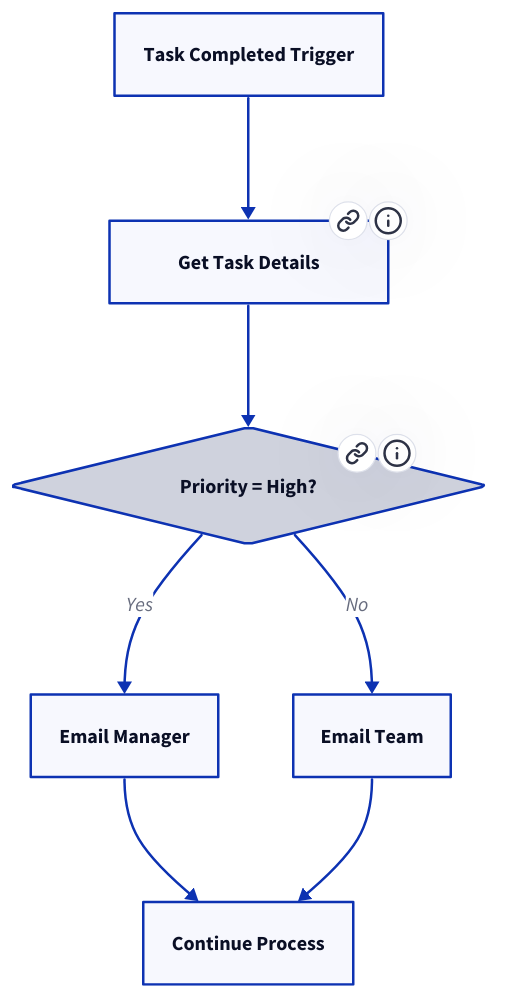
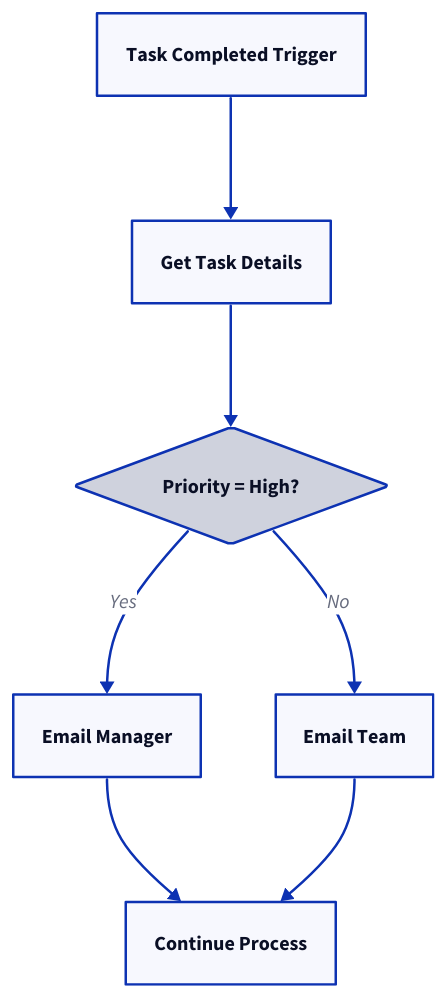
Before and after one commit to tallyfy/documentation: the diagram in src/content/docs/pro/integrations/middleware/power-automate/using-conditional-logic-in-power-automate.mdx, drawn with D2. The commit also changed 35 other files, not shown here.

First line of the commit message:
Remove .link and .tooltip properties from D2 diagrams

````diff
--- a/src/content/docs/pro/integrations/middleware/power-automate/using-conditional-logic-in-power-automate.mdx
+++ b/src/content/docs/pro/integrations/middleware/power-automate/using-conditional-logic-in-power-automate.mdx
@@ -92,18 +92,14 @@
 ```d2
 Trigger: "Task Completed Trigger"
 GetDetails: "Get Task Details"
 Check: "Priority = High?" {shape: diamond}
 EmailManager: "Email Manager"
 EmailRegular: "Email Team"
 End: "Continue Process"
 Trigger -> GetDetails
 GetDetails -> Check
 Check -> EmailManager: "Yes"
 Check -> EmailRegular: "No"
 EmailManager -> End
 EmailRegular -> End
-GetDetails.link: "/products/pro/tracking-and-tasks/tasks/index/"
-GetDetails.tooltip: "Learn about Tallyfy tasks"
-Check.link: "/products/pro/tracking-and-tasks/tasks/what-are-form-fields-in-tallyfy/"
-Check.tooltip: "Understanding form fields"
 ```
````
